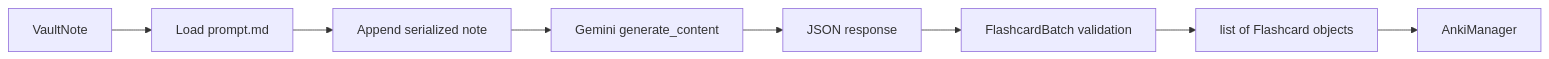
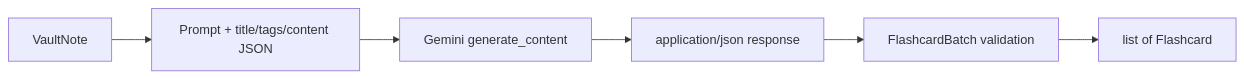
One commit to NikaMalakmadze/Obsidian2Anki changed the diagram in docs/ai.md. Above: the diagram before and after it, drawn with Mermaid. The commit also changed other lines of this file and 6 other files, not shown here.

````diff
--- a/docs/ai.md
+++ b/docs/ai.md
@@ -46,10 +39,8 @@
 ```mermaid
 flowchart LR
-    A[VaultNote] --> B[Load prompt.md]
-    B --> C[Append serialized note]
-    C --> D[Gemini generate_content]
-    D --> E[JSON response]
-    E --> F[FlashcardBatch validation]
-    F --> G[list of Flashcard objects]
-    G --> H[AnkiManager]
+    Note[VaultNote] --> Payload[Prompt + title/tags/content JSON]
+    Payload --> Gemini[Gemini generate_content]
+    Gemini --> JSON[application/json response]
+    JSON --> Batch[FlashcardBatch validation]
+    Batch --> Cards[list of Flashcard]
 ```
````
